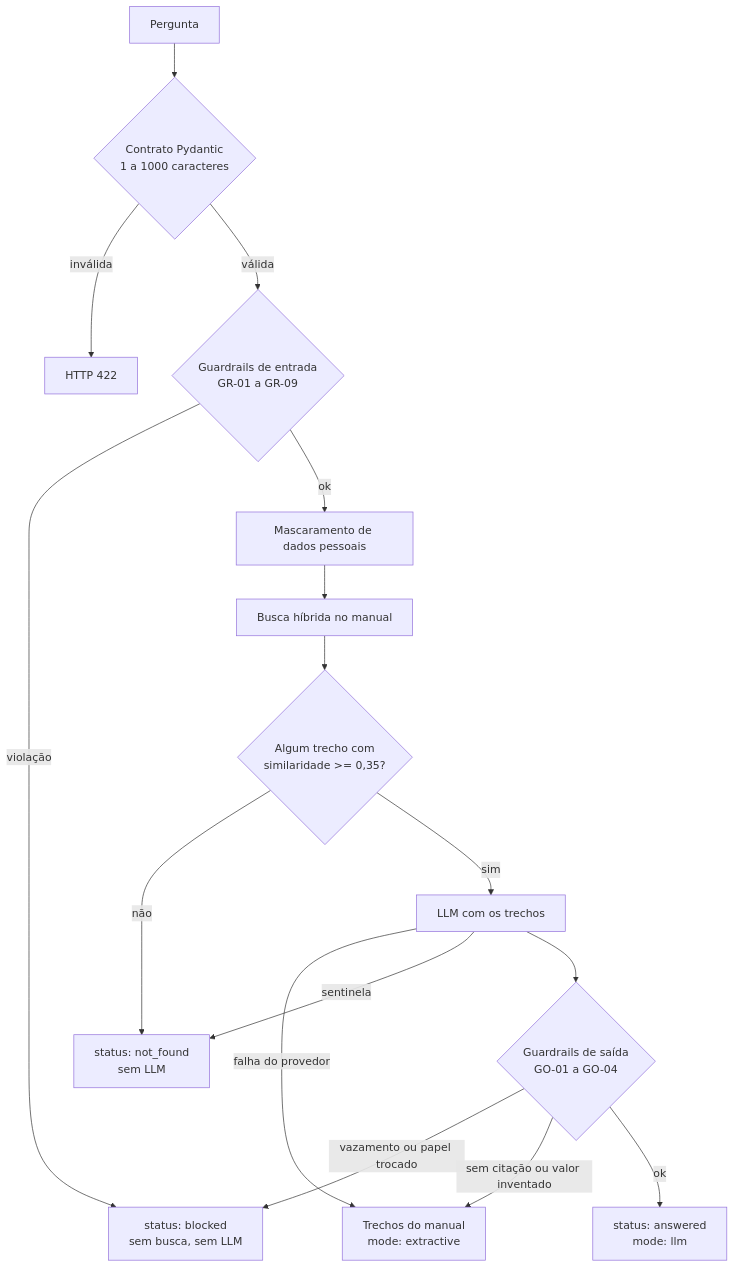
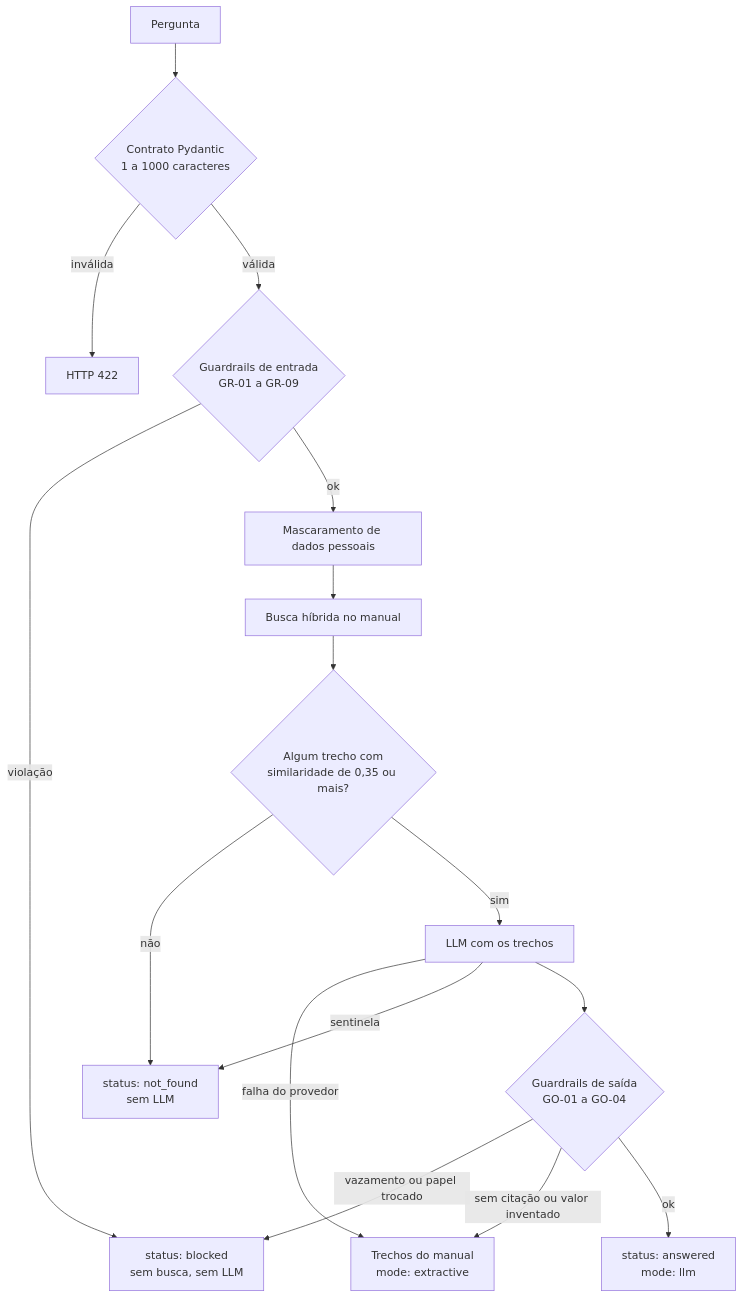
One commit to marcoaadc/datathon-fase5-copilot-suporte changed the diagram in docs/guardrails.md. Above: the diagram before and after it, drawn with Mermaid. The commit also changed 3 other files, not shown here.

Commit message:
docs: estado real da verificacao do Docker e do CI e diagramas com rotulos entre aspas

````diff
--- a/docs/guardrails.md
+++ b/docs/guardrails.md
@@ -7,18 +7,18 @@
 ```mermaid
 flowchart TD
-    Q[Pergunta] --> V{Contrato Pydantic<br/>1 a 1000 caracteres}
+    Q[Pergunta] --> V{"Contrato Pydantic<br/>1 a 1000 caracteres"}
     V -- inválida --> E422[HTTP 422]
-    V -- válida --> GI{Guardrails de entrada<br/>GR-01 a GR-09}
-    GI -- violação --> B[status: blocked<br/>sem busca, sem LLM]
+    V -- válida --> GI{"Guardrails de entrada<br/>GR-01 a GR-09"}
+    GI -- violação --> B["status: blocked<br/>sem busca, sem LLM"]
     GI -- ok --> P[Mascaramento de dados pessoais]
     P --> R[Busca híbrida no manual]
-    R --> G{Algum trecho com<br/>similaridade >= 0,35?}
-    G -- não --> NF[status: not_found<br/>sem LLM]
+    R --> G{"Algum trecho com<br/>similaridade de 0,35 ou mais?"}
+    G -- não --> NF["status: not_found<br/>sem LLM"]
     G -- sim --> L[LLM com os trechos]
-    L -- falha do provedor --> X[Trechos do manual<br/>mode: extractive]
+    L -- falha do provedor --> X["Trechos do manual<br/>mode: extractive"]
     L -- sentinela --> NF
-    L --> GO{Guardrails de saída<br/>GO-01 a GO-04}
+    L --> GO{"Guardrails de saída<br/>GO-01 a GO-04"}
     GO -- vazamento ou papel trocado --> B
     GO -- sem citação ou valor inventado --> X
-    GO -- ok --> A[status: answered<br/>mode: llm]
+    GO -- ok --> A["status: answered<br/>mode: llm"]
 ```
````
